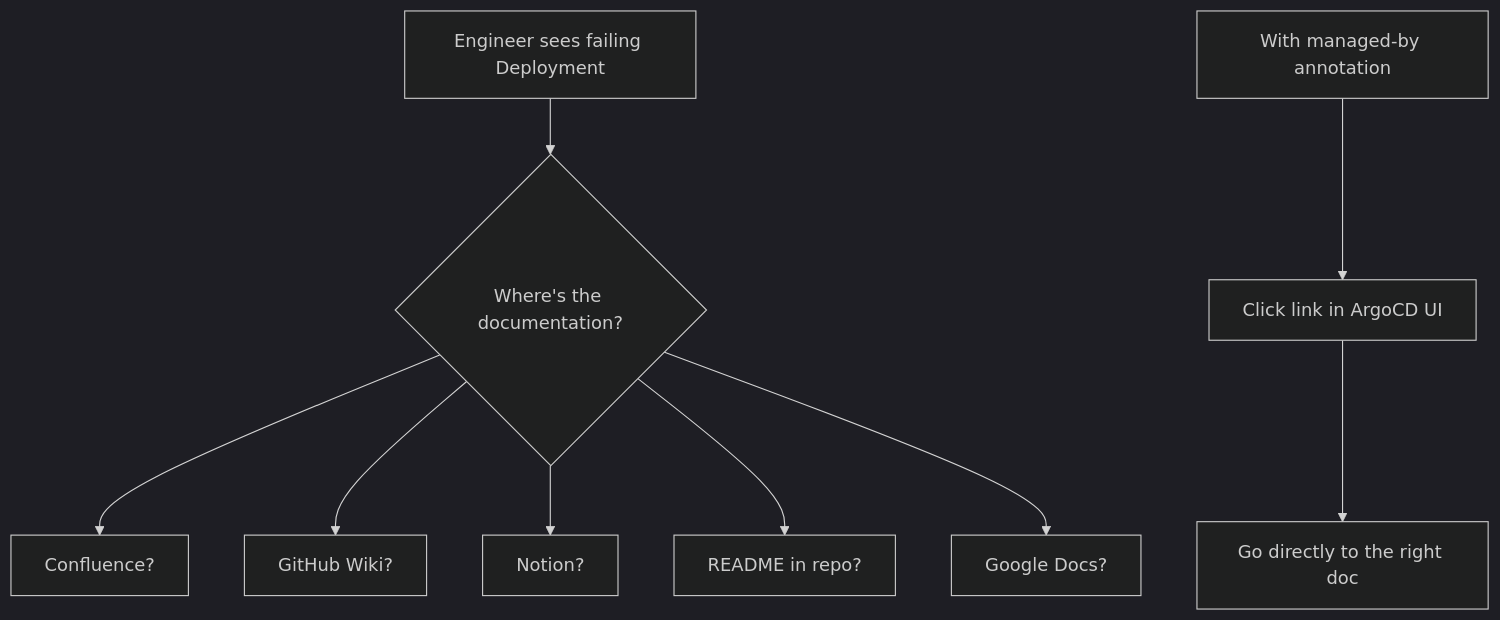
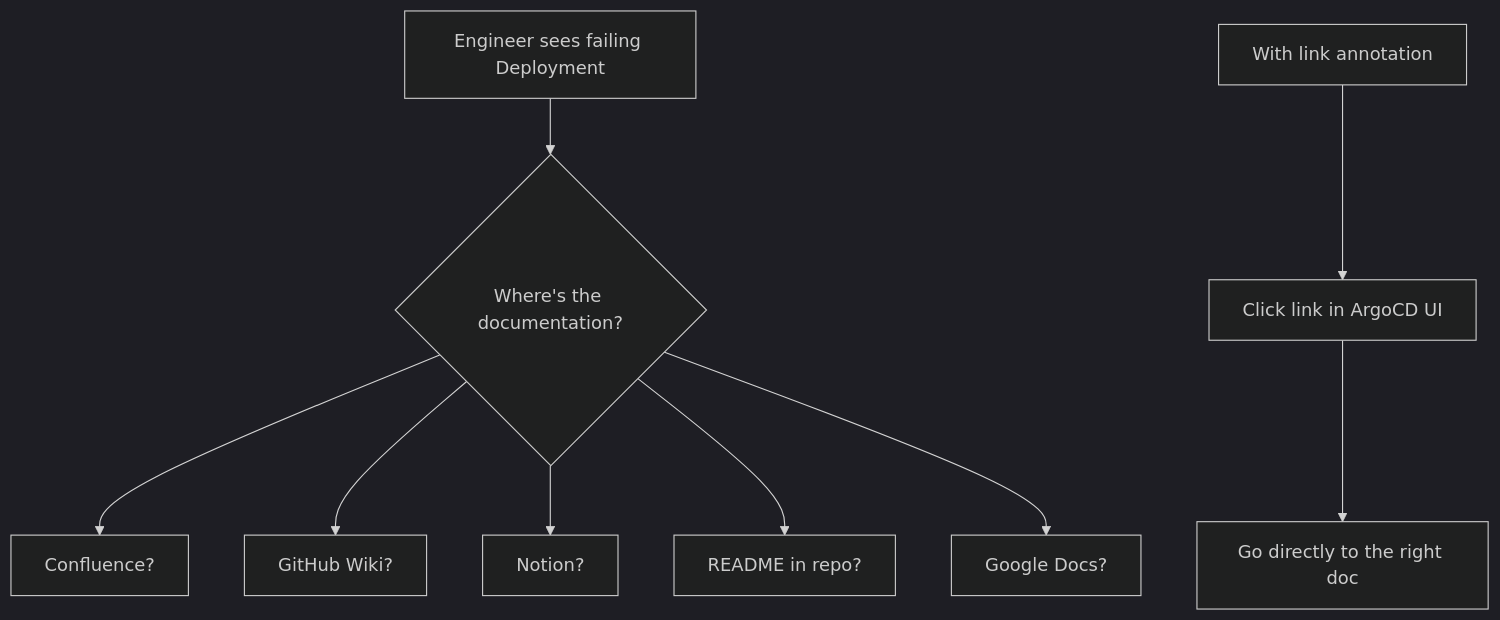
Before and after one commit to OneUptime/blog: the diagram in posts/2026-02-26-argocd-managed-by-annotation-documentation/README.md, drawn with Mermaid (dark theme). The commit also changed other lines of this file and 2 other files, not shown here.

Commit message:
validate: 2026-02-26-argocd-managed-by-annotation-documentation

````diff
--- a/posts/2026-02-26-argocd-managed-by-annotation-documentation/README.md
+++ b/posts/2026-02-26-argocd-managed-by-annotation-documentation/README.md
@@ -17,12 +17,12 @@
 ```mermaid
 graph TD
     A[Engineer sees failing Deployment] --> B{Where's the documentation?}
     B --> C[Confluence?]
     B --> D[GitHub Wiki?]
     B --> E[Notion?]
     B --> F[README in repo?]
     B --> G[Google Docs?]
 
-    H[With managed-by annotation] --> I[Click link in ArgoCD UI]
+    H[With link annotation] --> I[Click link in ArgoCD UI]
     I --> J[Go directly to the right doc]
 ```
````
